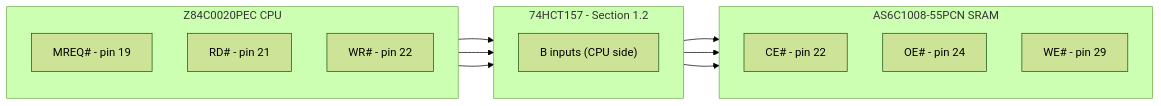
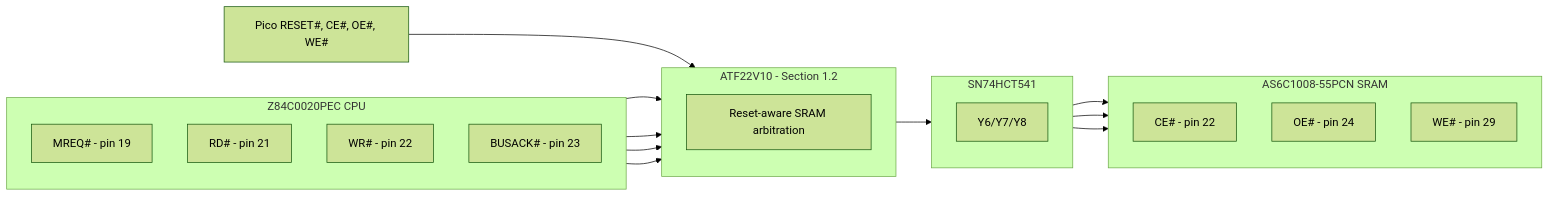
One commit to gloveboxes/Z80ROMlessSBC changed the fourth of 9 diagrams in README.md. Above: the diagram before and after it, drawn with Mermaid (forest theme). The commit also changed other lines of this file and 23 other files, not shown here.

First line of the commit message:
Add KiCad build and netlist checking scripts, update bus control logic, and enhance SRAM control PLD

````diff
--- a/README.md
+++ b/README.md
@@ -580,25 +602,33 @@
 ```mermaid
 flowchart LR
   subgraph CPU[Z84C0020PEC CPU]
     direction TB
     MREQ["MREQ# - pin 19"]
     RD["RD# - pin 21"]
     WR["WR# - pin 22"]
+    BUSACK["BUSACK# - pin 23"]
   end
-  subgraph MUX["74HCT157 - Section 1.2"]
+  subgraph GAL["ATF22V10 - Section 1.2"]
     direction TB
-    MB["B inputs (CPU side)"]
+    LOGIC["Reset-aware SRAM arbitration"]
+  end
+  subgraph BUFFER["SN74HCT541"]
+    direction TB
+    CTRL["Y6/Y7/Y8"]
   end
   subgraph SRAM[AS6C1008-55PCN SRAM]
     direction TB
     CE["CE# - pin 22"]
     OE["OE# - pin 24"]
     WE["WE# - pin 29"]
   end
-  MREQ --> MB
-  RD --> MB
-  WR --> MB
-  MUX --> CE
-  MUX --> OE
-  MUX --> WE
+  MREQ --> LOGIC
+  RD --> LOGIC
+  WR --> LOGIC
+  BUSACK --> LOGIC
+  PICO["Pico RESET#, CE#, OE#, WE#"] --> LOGIC
+  LOGIC --> CTRL
+  CTRL --> CE
+  CTRL --> OE
+  CTRL --> WE
 ```
````
